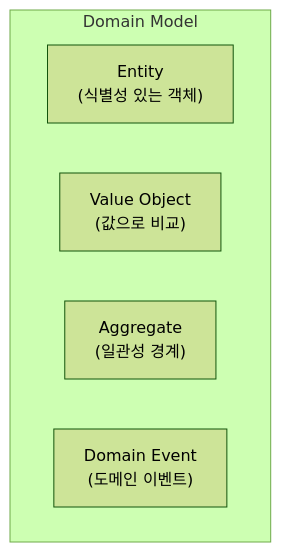
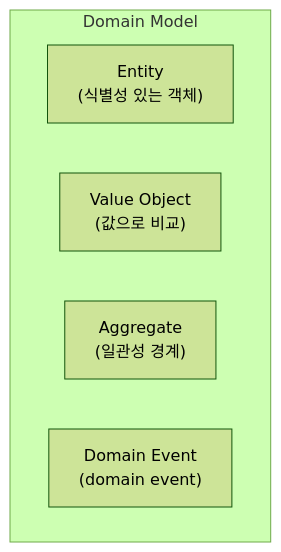
One commit to advanced-beginner/advanced-beginner.github.io changed the fourth of 10 diagrams in content/en/docs/ddd/concepts/architecture/onion-architecture.md. Above: the diagram before and after it, drawn with Mermaid (forest theme). The commit also changed other lines of this file and 150 other files, not shown here.

````diff
--- a/content/en/docs/ddd/concepts/architecture/onion-architecture.md
+++ b/content/en/docs/ddd/concepts/architecture/onion-architecture.md
@@ -120,9 +120,9 @@
 ```mermaid
 flowchart TB
     subgraph DM["Domain Model"]
         E["Entity<br>(식별성 있는 객체)"]
         VO["Value Object<br>(값으로 비교)"]
         AGG["Aggregate<br>(일관성 경계)"]
-        DE["Domain Event<br>(도메인 이벤트)"]
+        DE["Domain Event<br>(domain event)"]
     end
 ```
````
